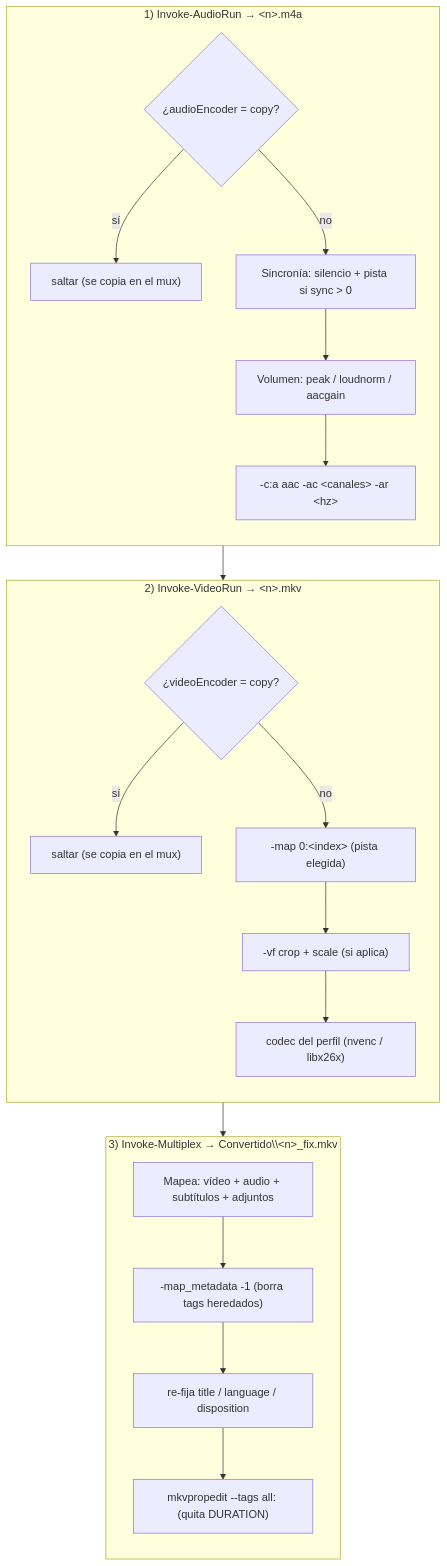
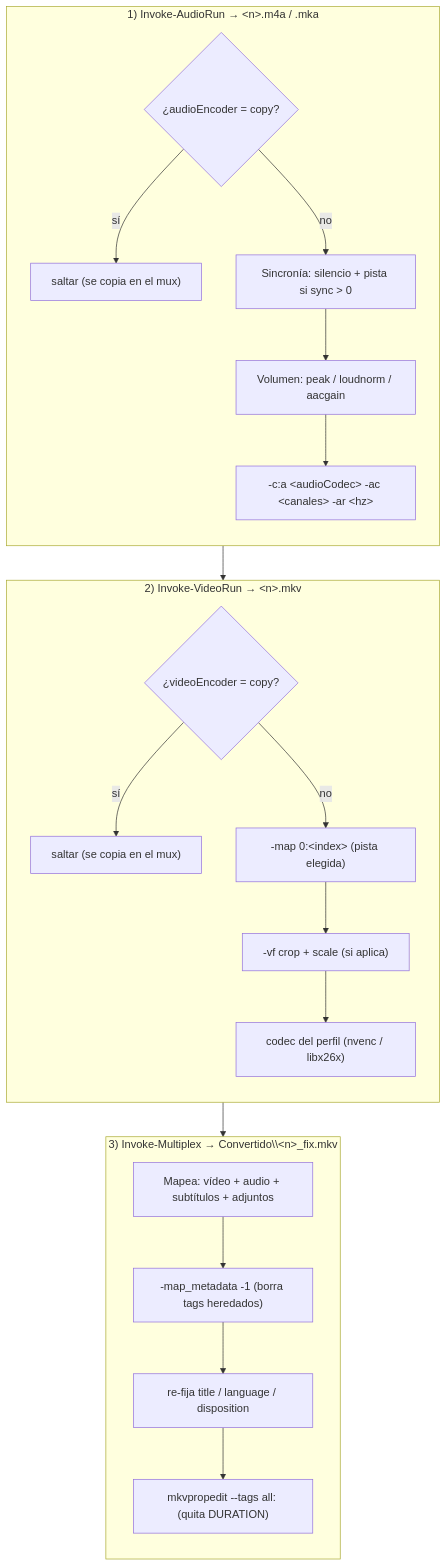
The fifth of 5 diagrams in docs/ref-flujo.md (vsc55/ConversorVideoCMD), drawn with Mermaid before and after one commit. The commit also changed other lines of this file and 21 other files, not shown here.

````diff
--- a/docs/ref-flujo.md
+++ b/docs/ref-flujo.md
@@ -152,25 +152,25 @@
 ```mermaid
 flowchart TB
-    subgraph AUD["1) Invoke-AudioRun → &lt;n&gt;.m4a"]
+    subgraph AUD["1) Invoke-AudioRun → &lt;n&gt;.m4a / .mka"]
       direction TB
       A0{"¿audioEncoder = copy?"} -- "sí" --> ASK["saltar (se copia en el mux)"]
       A0 -- "no" --> A1["Sincronía: silencio + pista si sync &gt; 0"]
       A1 --> A2["Volumen: peak / loudnorm / aacgain"]
-      A2 --> A3["-c:a aac -ac &lt;canales&gt; -ar &lt;hz&gt;"]
+      A2 --> A3["-c:a &lt;audioCodec&gt; -ac &lt;canales&gt; -ar &lt;hz&gt;"]
     end
     subgraph VID["2) Invoke-VideoRun → &lt;n&gt;.mkv"]
       direction TB
       V0{"¿videoEncoder = copy?"} -- "sí" --> VSK["saltar (se copia en el mux)"]
       V0 -- "no" --> V1["-map 0:&lt;index&gt; (pista elegida)"]
       V1 --> V2["-vf crop + scale (si aplica)"]
       V2 --> V3["codec del perfil (nvenc / libx26x)"]
     end
     subgraph MUX["3) Invoke-Multiplex → Convertido\\&lt;n&gt;_fix.mkv"]
       direction TB
       M1["Mapea: vídeo + audio + subtítulos + adjuntos"]
       M1 --> M2["-map_metadata -1 (borra tags heredados)"]
       M2 --> M3["re-fija title / language / disposition"]
       M3 --> M4["mkvpropedit --tags all: (quita DURATION)"]
     end
     AUD --> VID --> MUX
 ```
````
